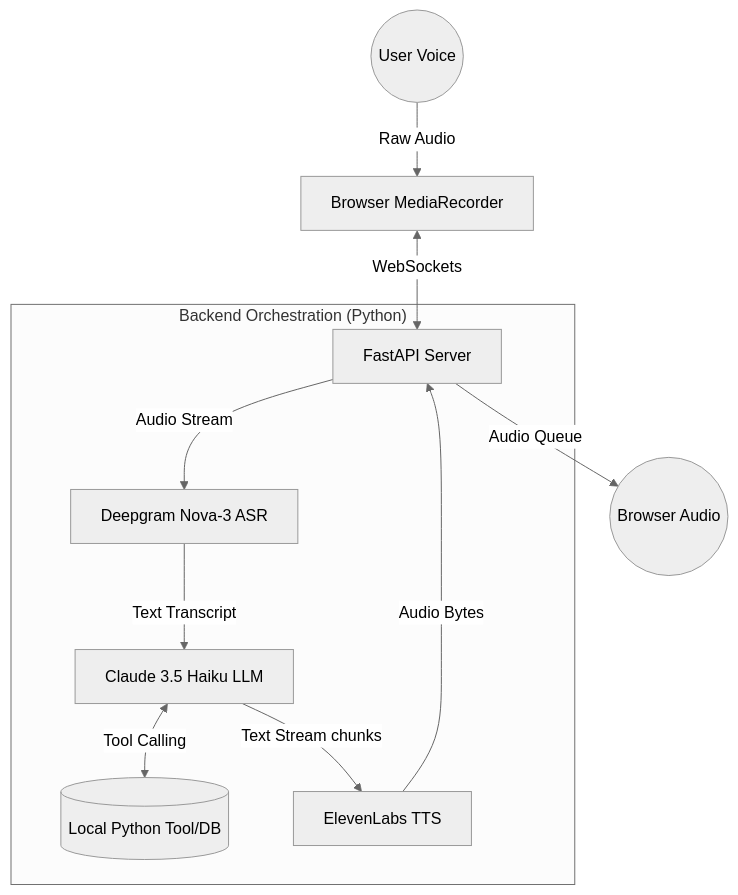
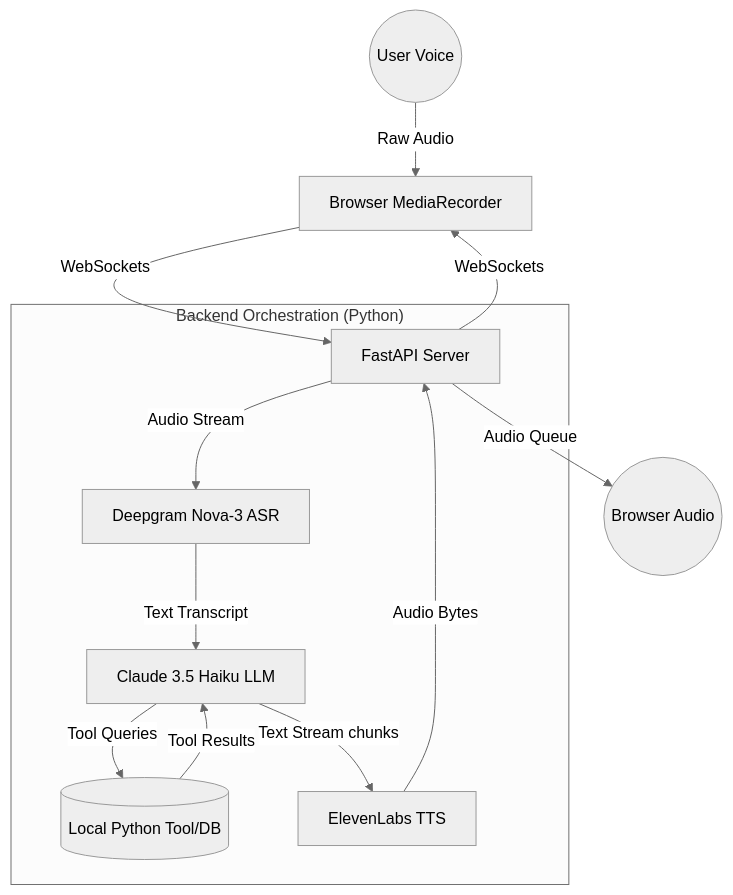
One commit to cnaidu402/voice_ai_concierge changed the diagram in readme.md. Above: the diagram before and after it, drawn with Mermaid (neutral theme).

````diff
--- a/readme.md
+++ b/readme.md
@@ -7,17 +7,19 @@
 ```mermaid
 graph TD
     User((User Voice)) -->|Raw Audio| Frontend[Browser MediaRecorder]
-    Frontend <-->|WebSockets| Backend[FastAPI Server]
+    Frontend -->|WebSockets| Backend[FastAPI Server]
+    Backend -->|WebSockets| Frontend
     
-    subgraph "Backend Orchestration (Python)"
+    subgraph Backend_Orchestration ["Backend Orchestration (Python)"]
         Backend -->|Audio Stream| Deepgram[Deepgram Nova-3 ASR]
         Deepgram -->|Text Transcript| Claude[Claude 3.5 Haiku LLM]
         
-        Claude <-->|Tool Calling| DB[(Local Python Tool/DB)]
+        Claude -->|Tool Queries| DB[(Local Python Tool/DB)]
+        DB -->|Tool Results| Claude
         
         Claude -->|Text Stream chunks| ElevenLabs[ElevenLabs TTS]
         ElevenLabs -->|Audio Bytes| Backend
     end
     
     Backend -->|Audio Queue| Speaker((Browser Audio))
 ```
````
